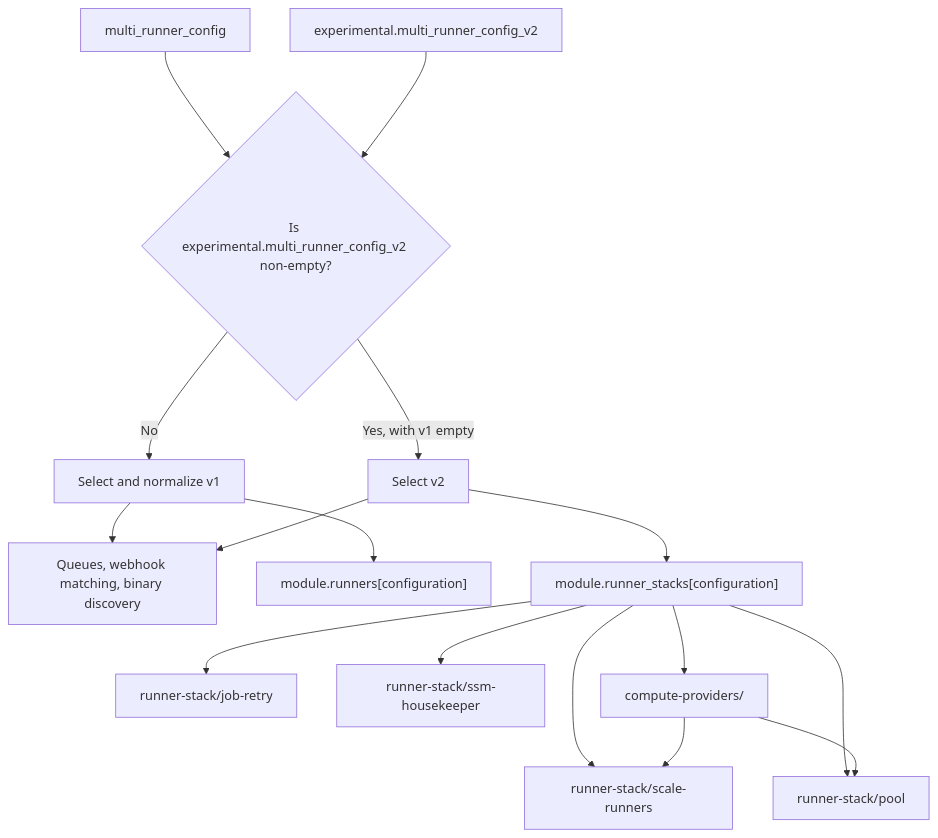
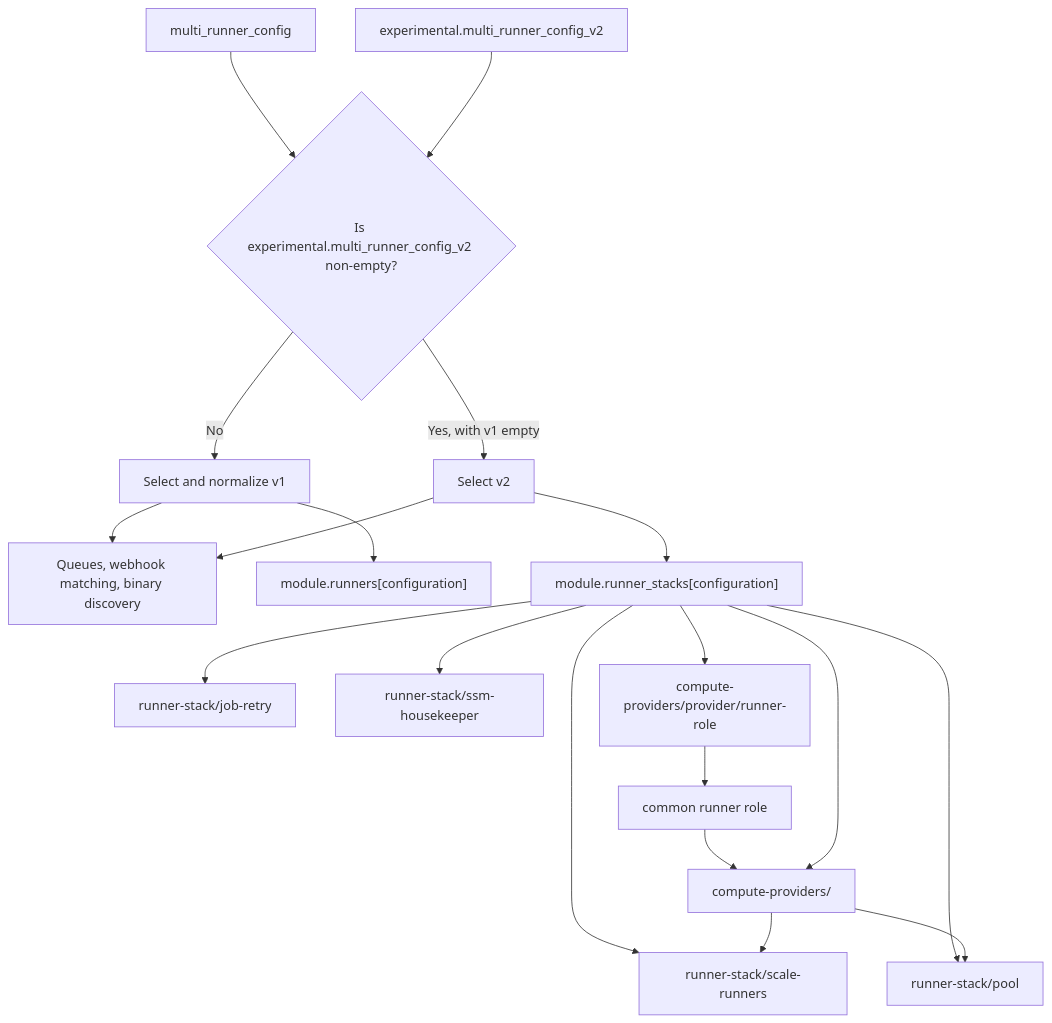
One commit to github-aws-runners/terraform-aws-github-runner changed the diagram in docs/modules/internal/compute-provider-refactor.md. Above: the diagram before and after it, drawn with Mermaid. The commit also changed other lines of this file and 23 other files, not shown here.

Commit message:
refactor(runner-stack): delegate runner trust policies to providers

````diff
--- a/docs/modules/internal/compute-provider-refactor.md
+++ b/docs/modules/internal/compute-provider-refactor.md
@@ -48,18 +51,21 @@
 ```mermaid
 flowchart TD
   Stable["multi_runner_config"] --> Select{"Is experimental.multi_runner_config_v2 non-empty?"}
   Experimental["experimental.multi_runner_config_v2"] --> Select
   Select -->|No| V1["Select and normalize v1"]
   Select -->|Yes, with v1 empty| V2["Select v2"]
   V1 --> Shared["Queues, webhook matching, binary discovery"]
   V2 --> Shared
   V1 --> Legacy["module.runners[configuration]"]
   V2 --> Stack["module.runner_stacks[configuration]"]
   Stack --> Scaling["runner-stack/scale-runners"]
   Stack --> Pool["runner-stack/pool"]
   Stack --> Retry["runner-stack/job-retry"]
   Stack --> Housekeeper["runner-stack/ssm-housekeeper"]
+  Stack --> Trust["compute-providers/provider/runner-role"]
+  Trust --> Role["common runner role"]
+  Role --> Provider
   Stack --> Provider["compute-providers/<provider>"]
   Provider --> Scaling
   Provider --> Pool
 ```
````
